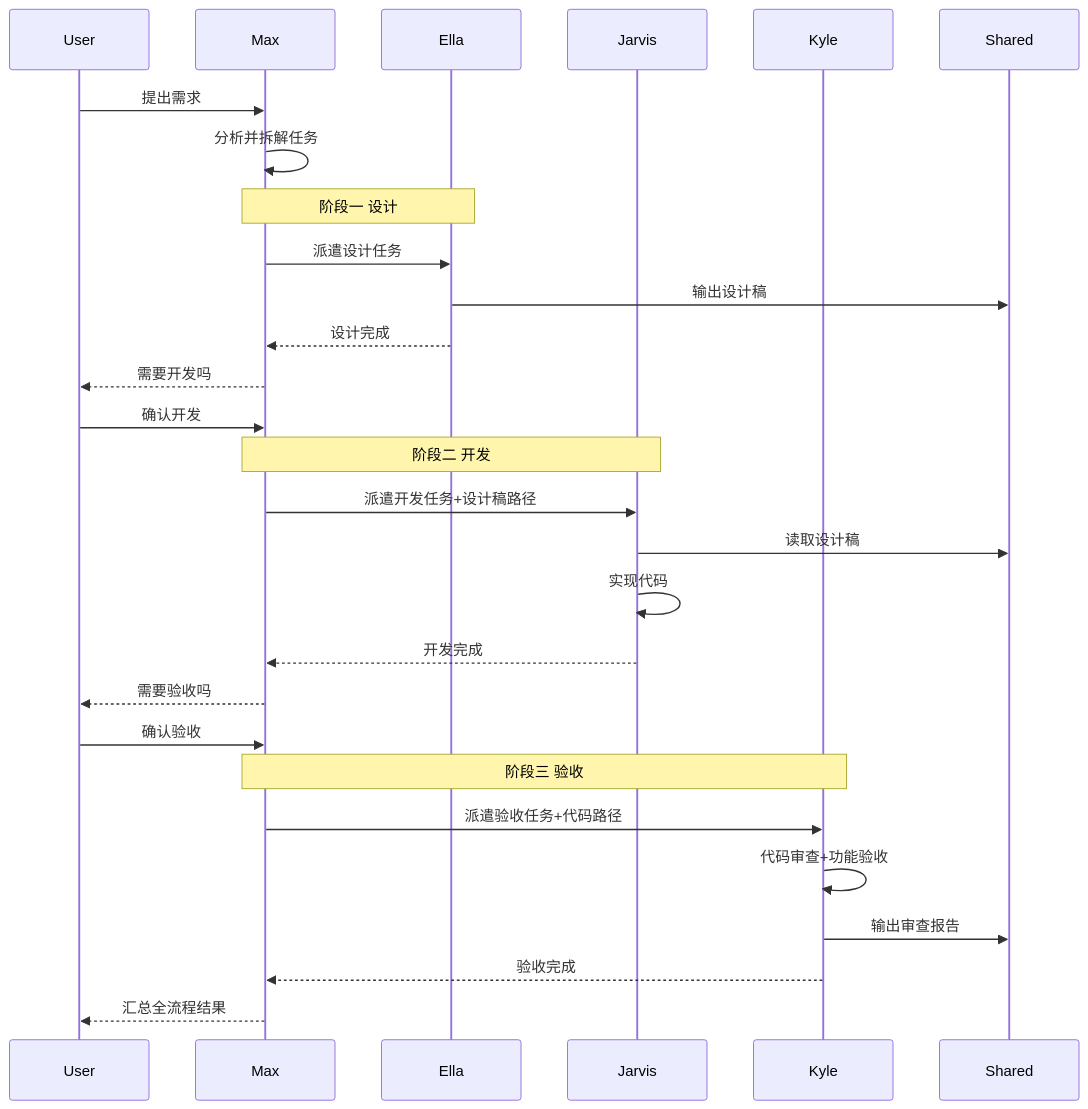
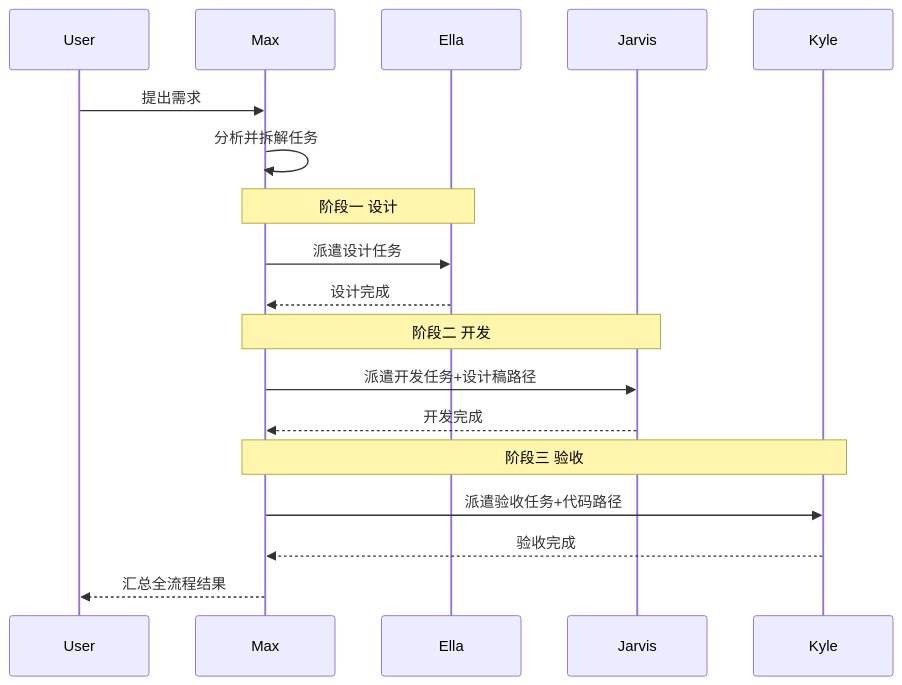
Before and after one commit to codeApe-7/ai-agent-workflowGroup: the second of 4 diagrams in README.md, drawn with Mermaid. The commit also changed other lines of this file, not shown here.

````diff
--- a/README.md
+++ b/README.md
@@ -155,37 +141,25 @@
 ```mermaid
 sequenceDiagram
     participant User
     participant Max
     participant Ella
     participant Jarvis
     participant Kyle
-    participant Shared
 
     User->>Max: 提出需求
     Max->>Max: 分析并拆解任务
 
     Note over Max,Ella: 阶段一 设计
     Max->>Ella: 派遣设计任务
-    Ella->>Shared: 输出设计稿
     Ella-->>Max: 设计完成
-    Max-->>User: 需要开发吗
-
-    User->>Max: 确认开发
 
     Note over Max,Jarvis: 阶段二 开发
     Max->>Jarvis: 派遣开发任务+设计稿路径
-    Jarvis->>Shared: 读取设计稿
-    Jarvis->>Jarvis: 实现代码
     Jarvis-->>Max: 开发完成
-    Max-->>User: 需要验收吗
-
-    User->>Max: 确认验收
 
     Note over Max,Kyle: 阶段三 验收
     Max->>Kyle: 派遣验收任务+代码路径
-    Kyle->>Kyle: 代码审查+功能验收
-    Kyle->>Shared: 输出审查报告
     Kyle-->>Max: 验收完成
 
     Max-->>User: 汇总全流程结果
 ```
````
